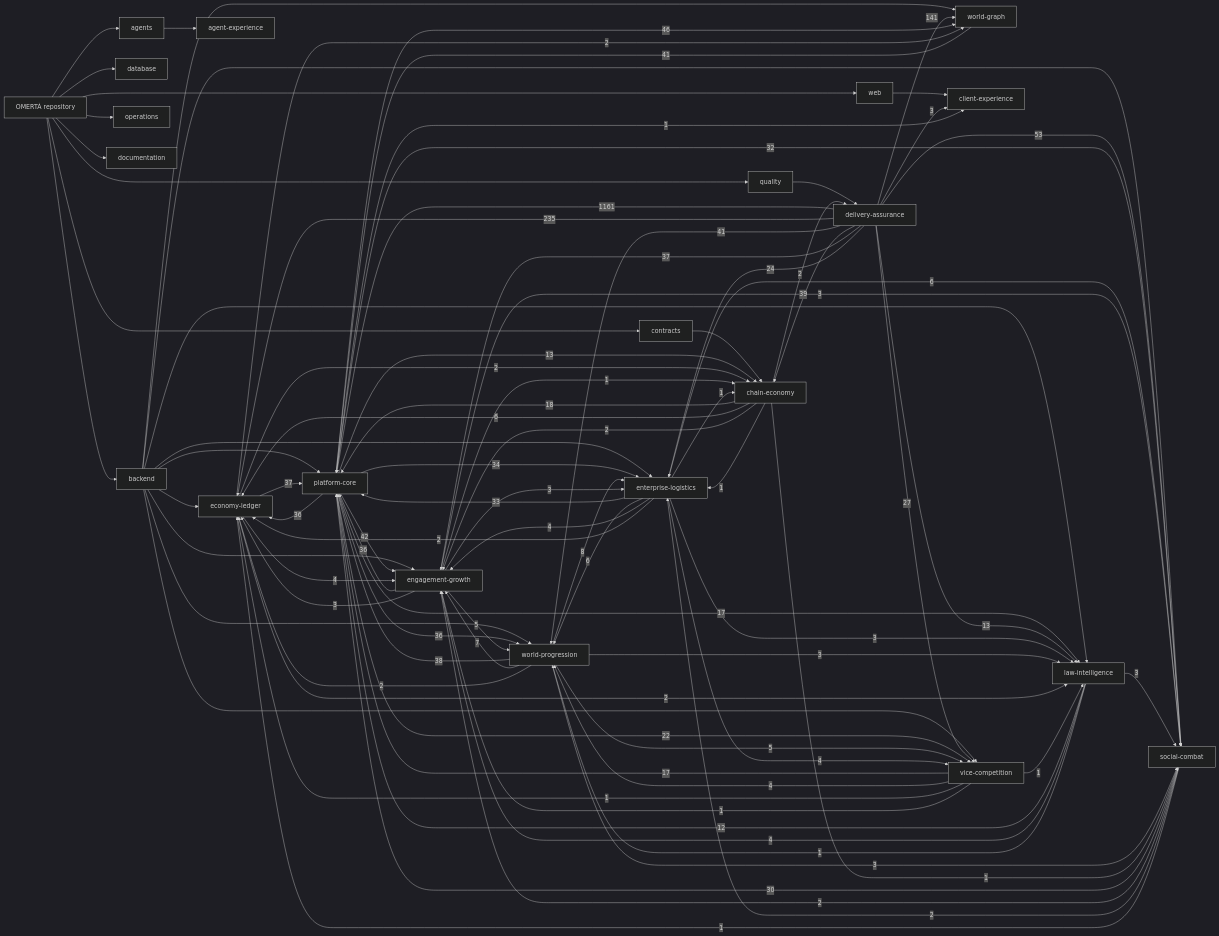
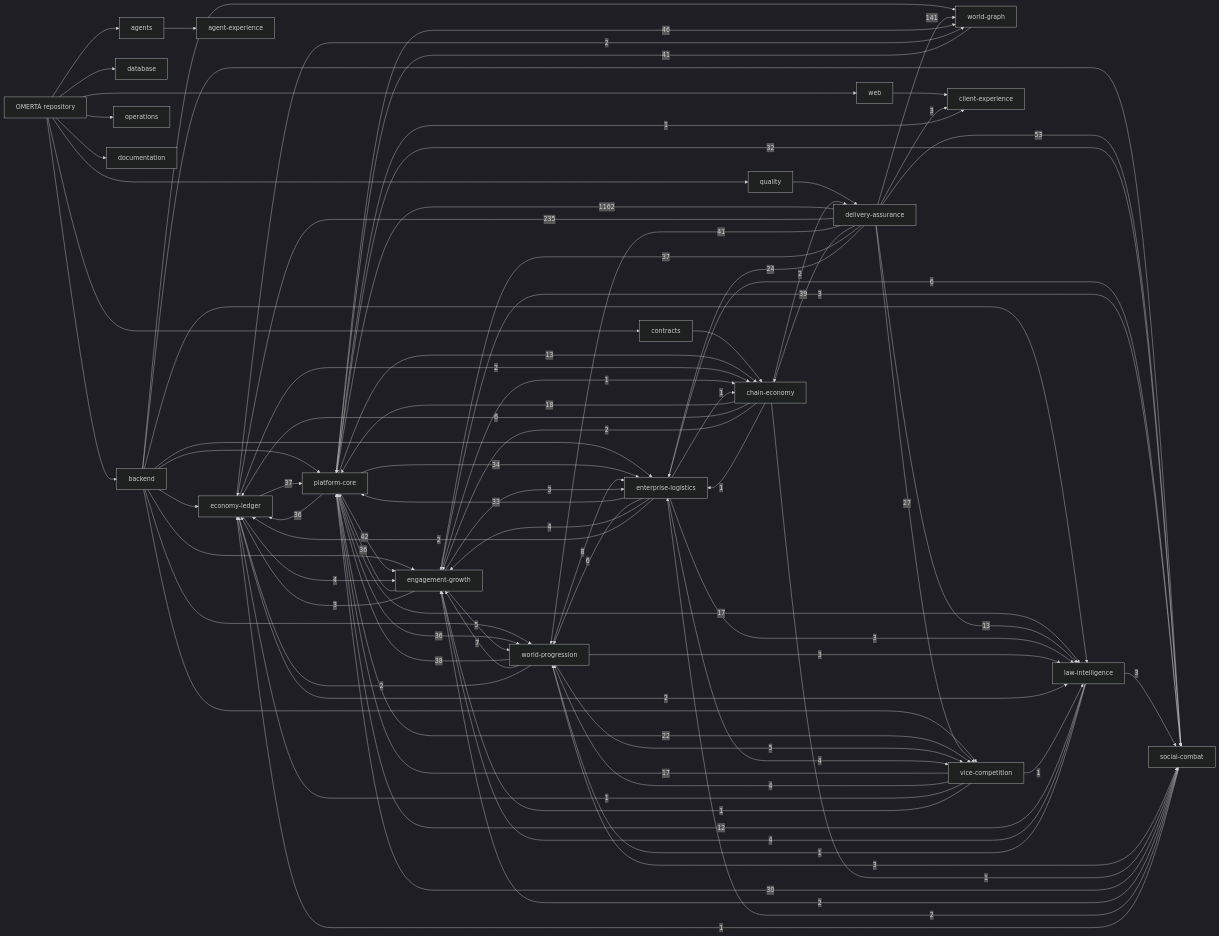
The diagram in knowledge/generated/graph.mmd (OmertaDev/Omerta), drawn with Mermaid (dark theme) before and after one commit. The commit also changed 7 other files, not shown here.

```diff
--- a/knowledge/generated/graph.mmd
+++ b/knowledge/generated/graph.mmd
@@ -1,111 +1,111 @@
 flowchart LR
   repo["OMERTÀ repository"]
   sub_backend["backend"]
   repo --> sub_backend
   sub_database["database"]
   repo --> sub_database
   sub_web["web"]
   repo --> sub_web
   sub_contracts["contracts"]
   repo --> sub_contracts
   sub_agents["agents"]
   repo --> sub_agents
   sub_quality["quality"]
   repo --> sub_quality
   sub_operations["operations"]
   repo --> sub_operations
   sub_documentation["documentation"]
   repo --> sub_documentation
   dom_platform-core["platform-core"]
   dom_economy-ledger["economy-ledger"]
   dom_social-combat["social-combat"]
   dom_world-progression["world-progression"]
   dom_world-graph["world-graph"]
   dom_enterprise-logistics["enterprise-logistics"]
   dom_vice-competition["vice-competition"]
   dom_law-intelligence["law-intelligence"]
   dom_chain-economy["chain-economy"]
   dom_engagement-growth["engagement-growth"]
   dom_client-experience["client-experience"]
   dom_agent-experience["agent-experience"]
   dom_delivery-assurance["delivery-assurance"]
   sub_agents --> dom_agent-experience
   sub_backend --> dom_economy-ledger
   sub_backend --> dom_engagement-growth
   sub_backend --> dom_enterprise-logistics
   sub_backend --> dom_law-intelligence
   sub_backend --> dom_platform-core
   sub_backend --> dom_social-combat
   sub_backend --> dom_vice-competition
   sub_backend --> dom_world-graph
   sub_backend --> dom_world-progression
   sub_contracts --> dom_chain-economy
   sub_quality --> dom_delivery-assurance
   sub_web --> dom_client-experience
-  dom_delivery-assurance -->|1161| dom_platform-core
+  dom_delivery-assurance -->|1162| dom_platform-core
   dom_delivery-assurance -->|235| dom_economy-ledger
   dom_delivery-assurance -->|141| dom_world-graph
   dom_delivery-assurance -->|53| dom_social-combat
   dom_platform-core -->|46| dom_world-graph
   dom_platform-core -->|42| dom_engagement-growth
   dom_delivery-assurance -->|41| dom_world-progression
   dom_world-graph -->|41| dom_platform-core
   dom_delivery-assurance -->|39| dom_chain-economy
   dom_world-progression -->|38| dom_platform-core
   dom_delivery-assurance -->|37| dom_engagement-growth
   dom_economy-ledger -->|37| dom_platform-core
   dom_engagement-growth -->|36| dom_platform-core
   dom_platform-core -->|36| dom_economy-ledger
   dom_platform-core -->|36| dom_world-progression
   dom_platform-core -->|34| dom_enterprise-logistics
   dom_enterprise-logistics -->|33| dom_platform-core
   dom_platform-core -->|32| dom_social-combat
   dom_social-combat -->|30| dom_platform-core
   dom_delivery-assurance -->|27| dom_vice-competition
   dom_delivery-assurance -->|24| dom_enterprise-logistics
   dom_platform-core -->|22| dom_vice-competition
   dom_chain-economy -->|18| dom_platform-core
   dom_platform-core -->|17| dom_law-intelligence
   dom_vice-competition -->|17| dom_platform-core
   dom_delivery-assurance -->|13| dom_law-intelligence
   dom_platform-core -->|13| dom_chain-economy
   dom_law-intelligence -->|12| dom_platform-core
   dom_world-progression -->|8| dom_enterprise-logistics
   dom_world-progression -->|7| dom_engagement-growth
   dom_chain-economy -->|6| dom_economy-ledger
   dom_enterprise-logistics -->|6| dom_social-combat
   dom_enterprise-logistics -->|6| dom_world-progression
   dom_engagement-growth -->|5| dom_world-progression
   dom_world-progression -->|5| dom_vice-competition
   dom_economy-ledger -->|4| dom_engagement-growth
   dom_enterprise-logistics -->|4| dom_engagement-growth
   dom_enterprise-logistics -->|4| dom_vice-competition
   dom_law-intelligence -->|4| dom_engagement-growth
   dom_vice-competition -->|4| dom_world-progression
   dom_delivery-assurance -->|3| dom_client-experience
   dom_engagement-growth -->|3| dom_economy-ledger
   dom_engagement-growth -->|3| dom_enterprise-logistics
   dom_engagement-growth -->|3| dom_social-combat
   dom_enterprise-logistics -->|3| dom_law-intelligence
   dom_law-intelligence -->|3| dom_social-combat
   dom_world-progression -->|3| dom_law-intelligence
   dom_world-progression -->|3| dom_social-combat
   dom_chain-economy -->|2| dom_delivery-assurance
   dom_chain-economy -->|2| dom_engagement-growth
   dom_economy-ledger -->|2| dom_chain-economy
   dom_economy-ledger -->|2| dom_law-intelligence
   dom_economy-ledger -->|2| dom_world-graph
   dom_enterprise-logistics -->|2| dom_economy-ledger
   dom_social-combat -->|2| dom_engagement-growth
   dom_social-combat -->|2| dom_enterprise-logistics
   dom_world-progression -->|2| dom_economy-ledger
   dom_chain-economy -->|1| dom_enterprise-logistics
   dom_chain-economy -->|1| dom_social-combat
   dom_engagement-growth -->|1| dom_chain-economy
   dom_enterprise-logistics -->|1| dom_chain-economy
   dom_law-intelligence -->|1| dom_world-progression
   dom_platform-core -->|1| dom_client-experience
   dom_social-combat -->|1| dom_economy-ledger
   dom_vice-competition -->|1| dom_economy-ledger
   dom_vice-competition -->|1| dom_engagement-growth
   dom_vice-competition -->|1| dom_law-intelligence
```
